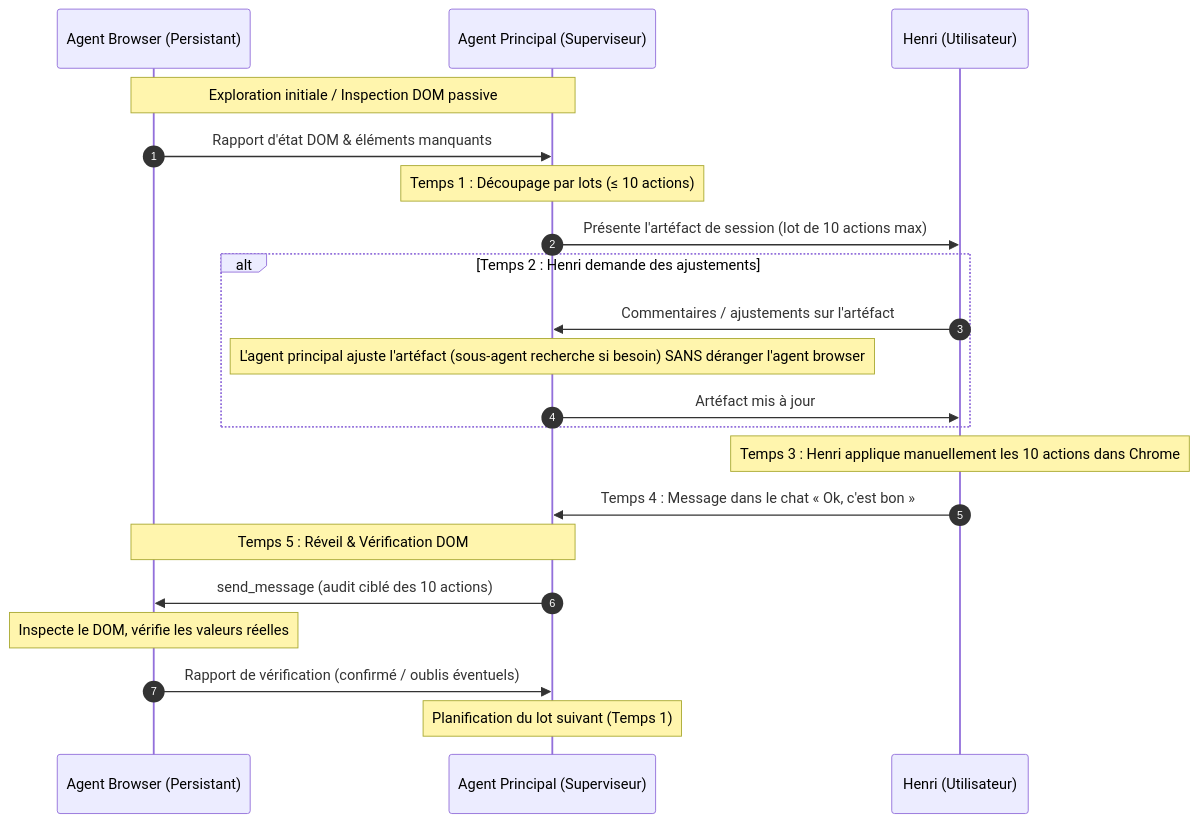
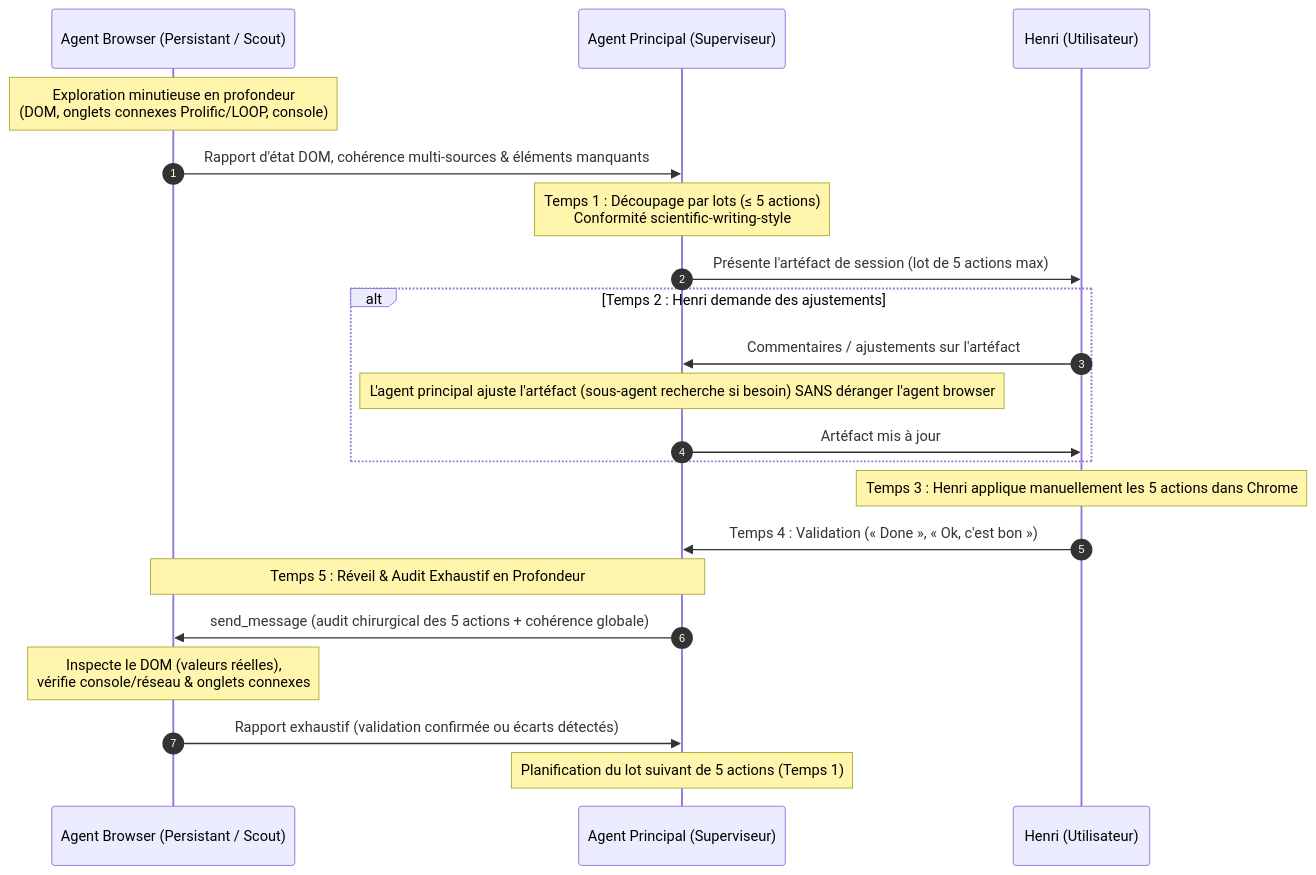
The diagram in src/skills/browser/SKILL.md (hjamet/cursor-memory-bank), drawn with Mermaid before and after one commit. The commit also changed other lines of this file, not shown here.

Commit message:
feat(browser): reduce batch size to 5, add deep verification loop and scientific-writing-style compliance

````diff
--- a/src/skills/browser/SKILL.md
+++ b/src/skills/browser/SKILL.md
@@ -119,27 +142,27 @@
 ```mermaid
 sequenceDiagram
     autonumber
-    participant B as Agent Browser (Persistant)
+    participant B as Agent Browser (Persistant / Scout)
     participant P as Agent Principal (Superviseur)
     participant H as Henri (Utilisateur)
 
-    Note over B,P: Exploration initiale / Inspection DOM passive
-    B->>P: Rapport d'état DOM & éléments manquants
-    Note over P: Temps 1 : Découpage par lots (≤ 10 actions)
-    P->>H: Présente l'artéfact de session (lot de 10 actions max)
+    Note over B: Exploration minutieuse en profondeur<br/>(DOM, onglets connexes Prolific/LOOP, console)
+    B->>P: Rapport d'état DOM, cohérence multi-sources & éléments manquants
+    Note over P: Temps 1 : Découpage par lots (≤ 5 actions)<br/>Conformité scientific-writing-style
+    P->>H: Présente l'artéfact de session (lot de 5 actions max)
     
     alt Temps 2 : Henri demande des ajustements
         H->>P: Commentaires / ajustements sur l'artéfact
         Note over P: L'agent principal ajuste l'artéfact (sous-agent recherche si besoin) SANS déranger l'agent browser
         P->>H: Artéfact mis à jour
     end
 
-    Note over H: Temps 3 : Henri applique manuellement les 10 actions dans Chrome
-    H->>P: Temps 4 : Message dans le chat « Ok, c'est bon »
+    Note over H: Temps 3 : Henri applique manuellement les 5 actions dans Chrome
+    H->>P: Temps 4 : Validation (« Done », « Ok, c'est bon »)
     
-    Note over P,B: Temps 5 : Réveil & Vérification DOM
-    P->>B: send_message (audit ciblé des 10 actions)
-    Note over B: Inspecte le DOM, vérifie les valeurs réelles
-    B->>P: Rapport de vérification (confirmé / oublis éventuels)
-    Note over P: Planification du lot suivant (Temps 1)
+    Note over P,B: Temps 5 : Réveil & Audit Exhaustif en Profondeur
+    P->>B: send_message (audit chirurgical des 5 actions + cohérence globale)
+    Note over B: Inspecte le DOM (valeurs réelles),<br/>vérifie console/réseau & onglets connexes
+    B->>P: Rapport exhaustif (validation confirmée ou écarts détectés)
+    Note over P: Planification du lot suivant de 5 actions (Temps 1)
 ```
````
